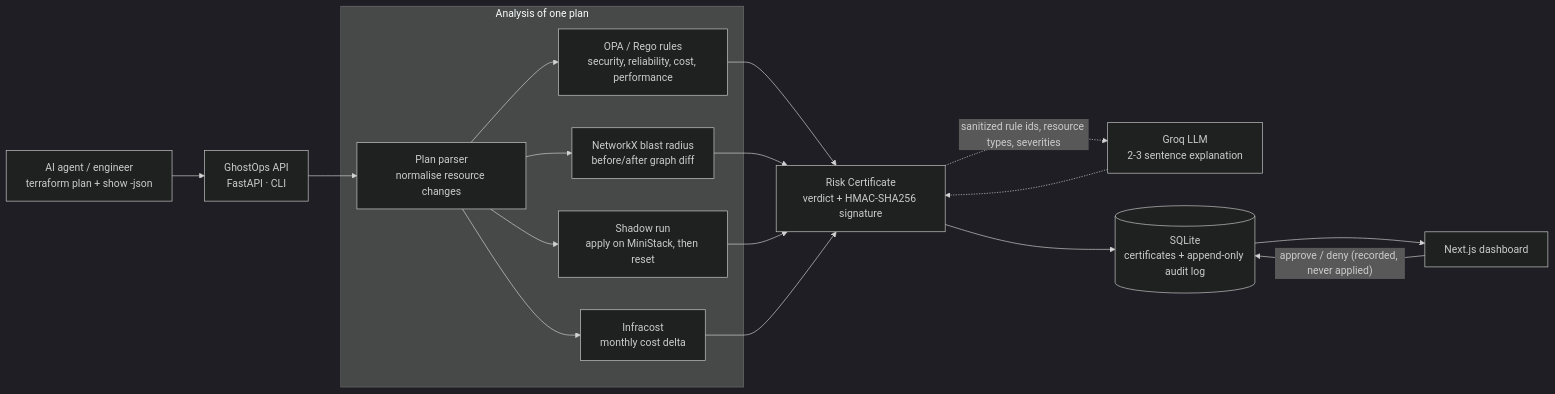
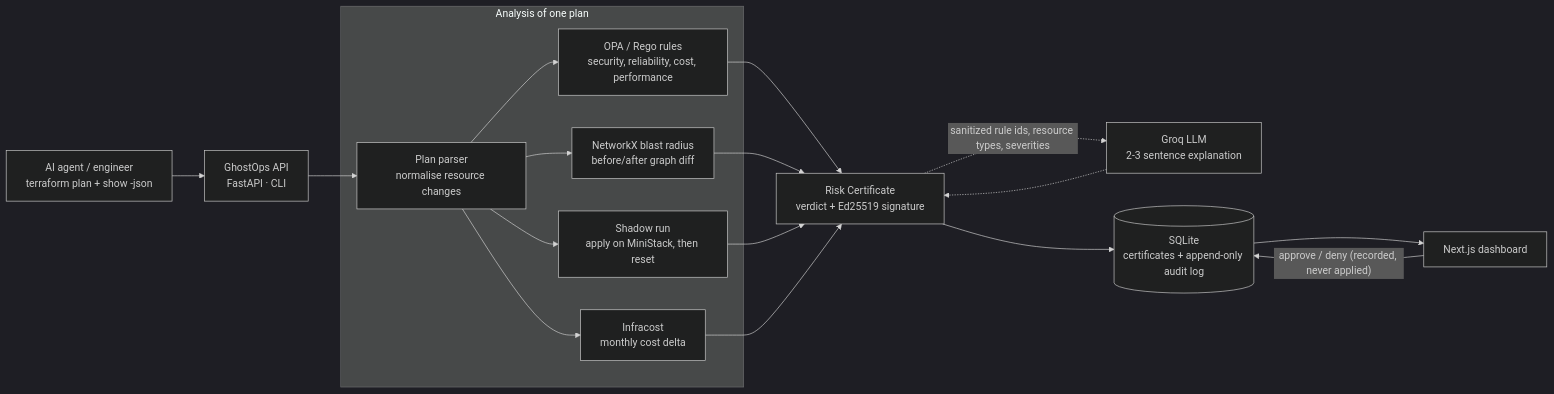
The diagram in README.md (PR0XCITY/SimulaCrum), drawn with Mermaid (dark theme) before and after one commit. The commit also changed other lines of this file and 19 other files, not shown here.

````diff
--- a/README.md
+++ b/README.md
@@ -29,29 +29,29 @@
 ```mermaid
 flowchart LR
     agent["AI agent / engineer<br/>terraform plan + show -json"] --> api["GhostOps API<br/>FastAPI · CLI"]
 
     subgraph analysis["Analysis of one plan"]
         parser["Plan parser<br/>normalise resource changes"]
         opa["OPA / Rego rules<br/>security, reliability, cost, performance"]
         blast["NetworkX blast radius<br/>before/after graph diff"]
         shadow["Shadow run<br/>apply on MiniStack, then reset"]
         cost["Infracost<br/>monthly cost delta"]
     end
 
     api --> parser
     parser --> opa
     parser --> blast
     parser --> shadow
     parser --> cost
 
-    opa --> cert["Risk Certificate<br/>verdict + HMAC-SHA256 signature"]
+    opa --> cert["Risk Certificate<br/>verdict + Ed25519 signature"]
     blast --> cert
     shadow --> cert
     cost --> cert
     cert -. "sanitized rule ids, resource types, severities" .-> groq["Groq LLM<br/>2-3 sentence explanation"]
     groq -.-> cert
 
     cert --> db[("SQLite<br/>certificates + append-only audit log")]
     db --> dash["Next.js dashboard"]
     dash -- "approve / deny (recorded, never applied)" --> db
 ```
````
